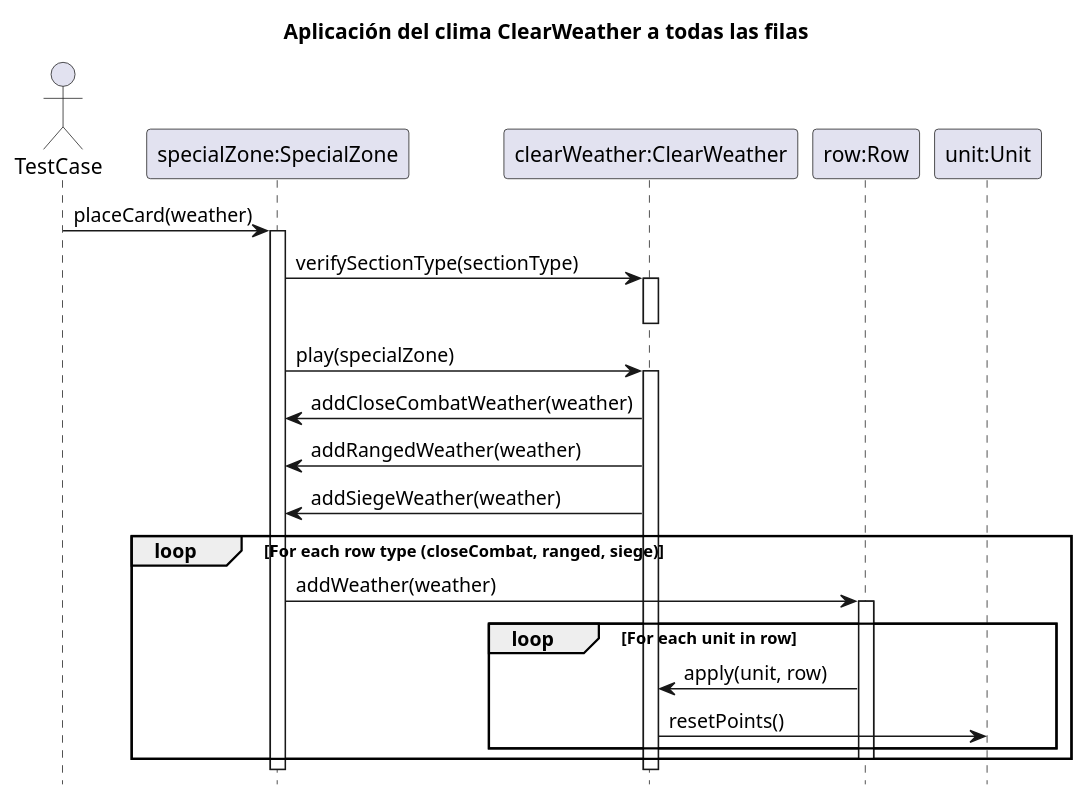
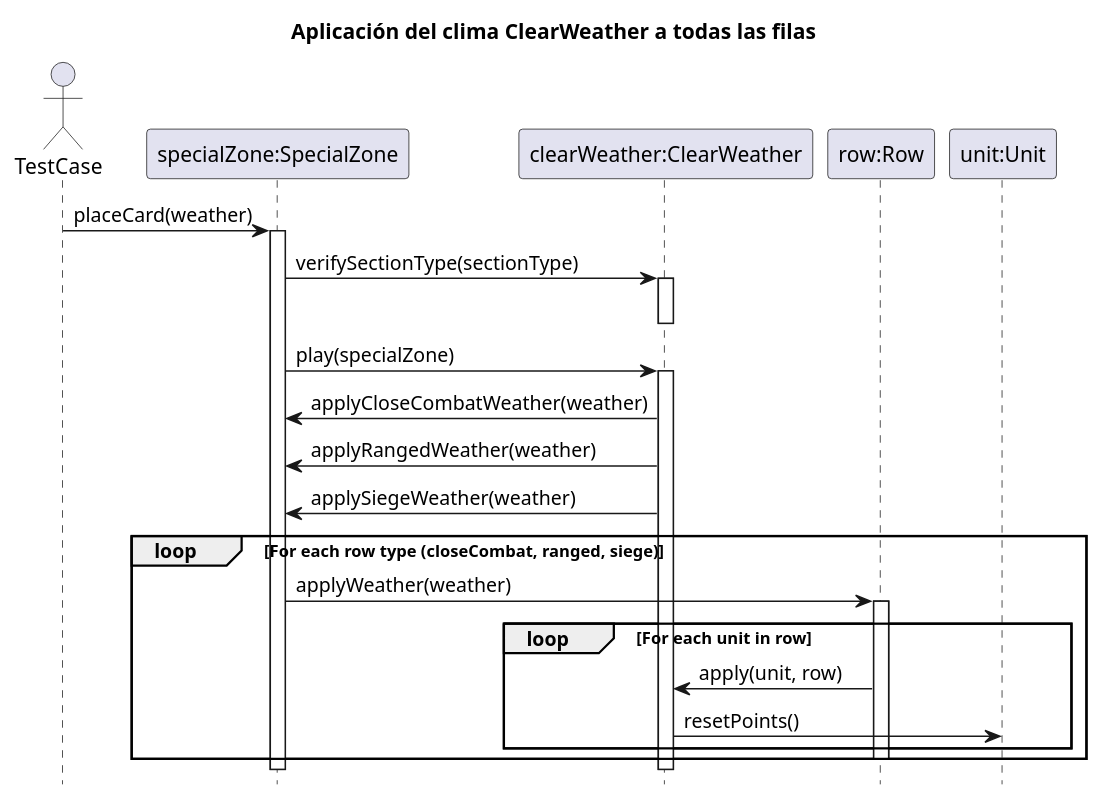
One commit to Yonhir/algo3_proyecto_base_tp2 changed the diagram in diagrams/sequences/AplicarClearWeather.plantuml. Above: the diagram before and after it, drawn with PlantUML. The commit also changed 15 other files, not shown here.

Commit message:
Change from addWeather to applyWeather

```diff
--- a/diagrams/sequences/AplicarClearWeather.plantuml
+++ b/diagrams/sequences/AplicarClearWeather.plantuml
@@ -1,35 +1,35 @@
 @startuml
 
 hide footbox
 title Aplicación del clima ClearWeather a todas las filas
 
 actor TestCase
 
 participant "specialZone:SpecialZone" as specialZone
 participant "clearWeather:ClearWeather" as weather
 participant "row:Row" as row
 participant "unit:Unit" as unit
 
 TestCase -> specialZone: placeCard(weather)
     activate specialZone
     specialZone -> weather: verifySectionType(sectionType)
         activate weather
         deactivate weather
     specialZone -> weather: play(specialZone)
         activate weather
-        weather -> specialZone: addCloseCombatWeather(weather)
-        weather -> specialZone: addRangedWeather(weather)
-        weather -> specialZone: addSiegeWeather(weather)
+        weather -> specialZone: applyCloseCombatWeather(weather)
+        weather -> specialZone: applyRangedWeather(weather)
+        weather -> specialZone: applySiegeWeather(weather)
         loop For each row type (closeCombat, ranged, siege)
-            specialZone -> row: addWeather(weather)
+            specialZone -> row: applyWeather(weather)
                 activate row
                 loop For each unit in row
                     row -> weather: apply(unit, row)
                         weather -> unit: resetPoints()
                 end
                 deactivate row
         end
         deactivate weather
     deactivate specialZone
 
 @enduml
```
